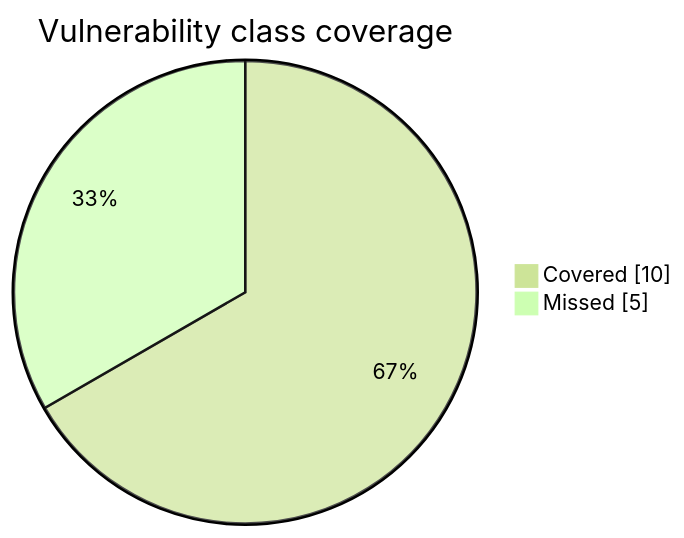
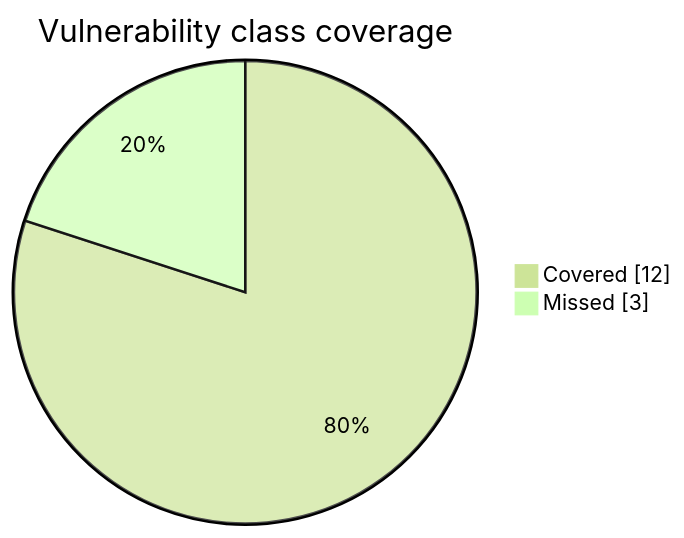
One commit to 0xElement/ARCHON1 changed the first of 2 diagrams in benchmark/RESULTS-blackbox.md. Above: the diagram before and after it, drawn with Mermaid (forest theme). The commit also changed other lines of this file, not shown here.

````diff
--- a/benchmark/RESULTS-blackbox.md
+++ b/benchmark/RESULTS-blackbox.md
@@ -25,5 +23,5 @@
 ```mermaid
 pie showData title Vulnerability class coverage
-  "Covered" : 10
-  "Missed" : 5
+  "Covered" : 12
+  "Missed" : 3
 ```
````
